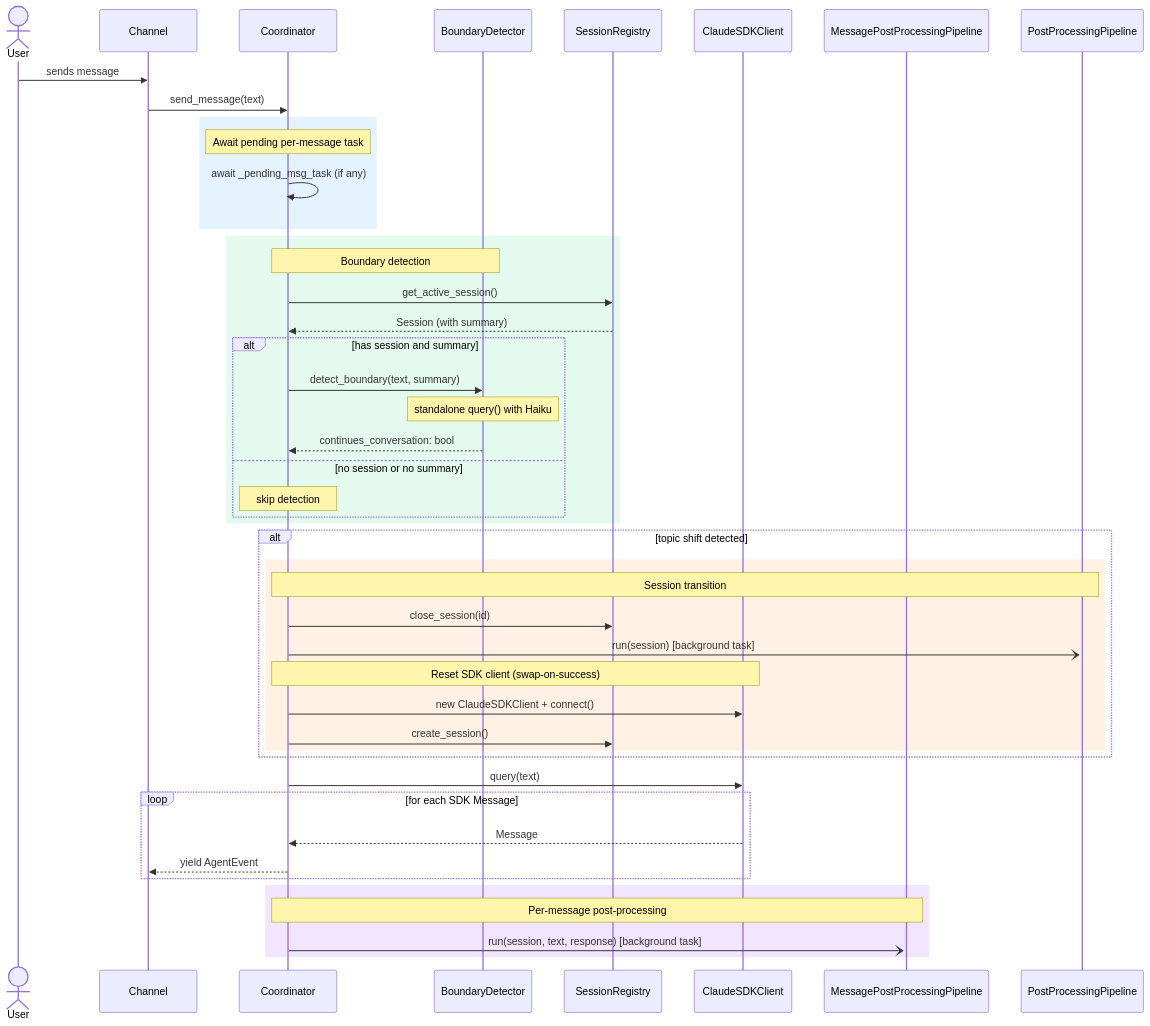
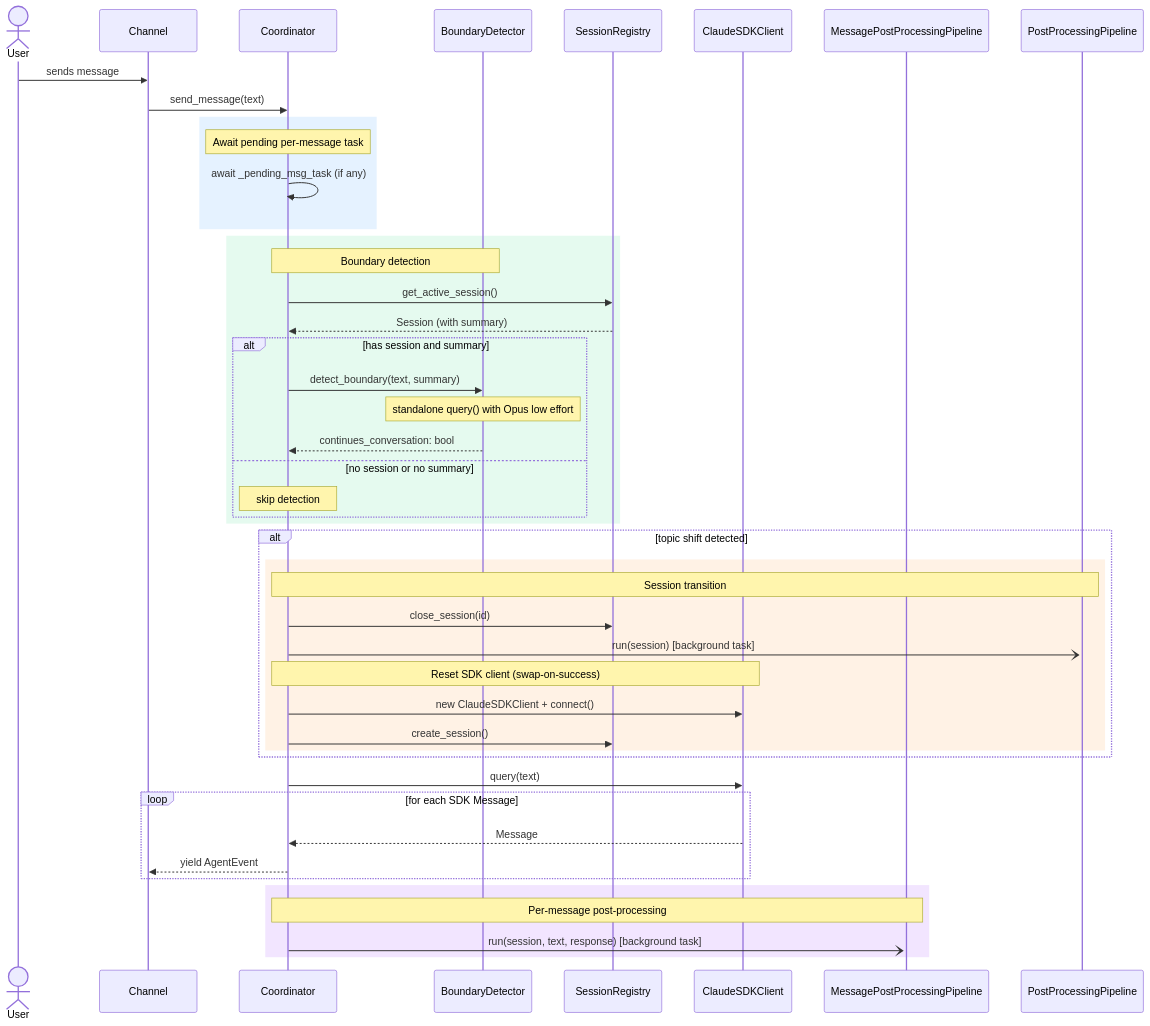
Before and after one commit to asermax/tachikoma: the first of 3 diagrams in docs/delta-designs/DLT-026.md, drawn with Mermaid. The commit also changed other lines of this file and 4 other files, not shown here.

First line of the commit message:
refactor(boundary): switch from Haiku to Opus with low effort

````diff
--- a/docs/delta-designs/DLT-026.md
+++ b/docs/delta-designs/DLT-026.md
@@ -94,54 +94,54 @@
 ```mermaid
 sequenceDiagram
     actor User
     participant Channel
     participant Coord as Coordinator
     participant Detector as BoundaryDetector
     participant Registry as SessionRegistry
     participant SDK as ClaudeSDKClient
     participant MsgPipeline as MessagePostProcessingPipeline
     participant SesPipeline as PostProcessingPipeline
 
     User->>Channel: sends message
     Channel->>Coord: send_message(text)
 
     rect rgba(0, 128, 255, 0.1)
         Note over Coord: Await pending per-message task
         Coord->>Coord: await _pending_msg_task (if any)
     end
 
     rect rgba(0, 200, 100, 0.1)
         Note over Coord,Detector: Boundary detection
         Coord->>Registry: get_active_session()
         Registry-->>Coord: Session (with summary)
         alt has session and summary
             Coord->>Detector: detect_boundary(text, summary)
-            Note over Detector: standalone query() with Haiku
+            Note over Detector: standalone query() with Opus low effort
             Detector-->>Coord: continues_conversation: bool
         else no session or no summary
             Note over Coord: skip detection
         end
     end
 
     alt topic shift detected
         rect rgba(255, 128, 0, 0.1)
             Note over Coord,SesPipeline: Session transition
             Coord->>Registry: close_session(id)
             Coord-)+SesPipeline: run(session) [background task]
             Note over Coord,SDK: Reset SDK client (swap-on-success)
             Coord->>SDK: new ClaudeSDKClient + connect()
             Coord->>Registry: create_session()
         end
     end
 
     Coord->>SDK: query(text)
     loop for each SDK Message
         SDK-->>Coord: Message
         Coord-->>Channel: yield AgentEvent
     end
 
     rect rgba(128, 0, 255, 0.1)
         Note over Coord,MsgPipeline: Per-message post-processing
         Coord-)+MsgPipeline: run(session, text, response) [background task]
     end
 ```
````
